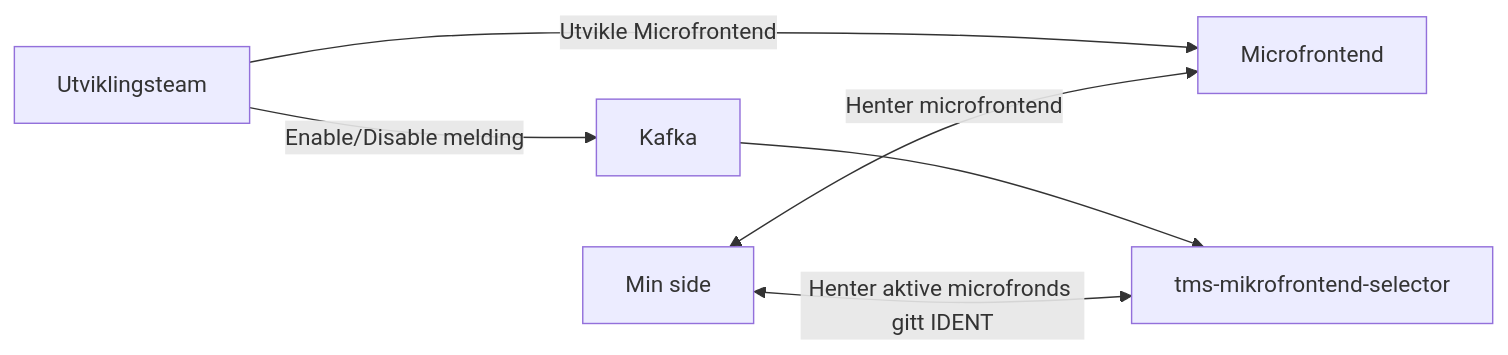
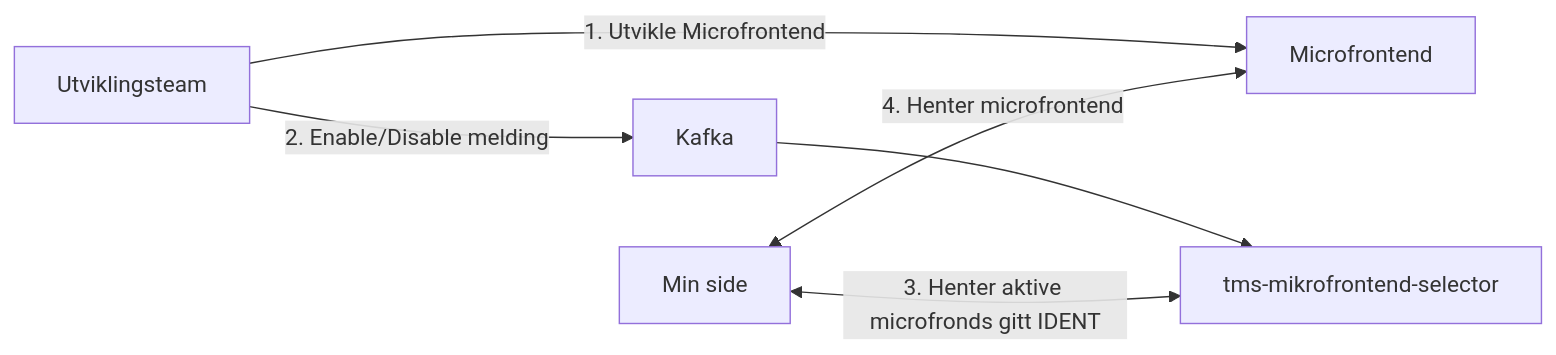
The diagram in howto.md (navikt/tms-mikrofrontend-selector), drawn with Mermaid before and after one commit.

Commit message:
Add sequence to MFE illustration

````diff
--- a/howto.md
+++ b/howto.md
@@ -9,8 +9,8 @@
 ```mermaid
 graph LR
-    A[Utviklingsteam] -- Utvikle Microfrontend --> B[Microfrontend]
-    A -- Enable/Disable melding --> D[Kafka]
+    A[Utviklingsteam] -- 1. Utvikle Microfrontend --> B[Microfrontend]
+    A -- 2. Enable/Disable melding --> D[Kafka]
     D --> E[tms-mikrofrontend-selector]
-    F[Min side] <-- Henter aktive microfronds gitt IDENT --> E
-    F <-- Henter microfrontend --> B
+    F[Min side] <-- 3. Henter aktive microfronds gitt IDENT --> E
+    F <-- 4. Henter microfrontend --> B
 ```
````
